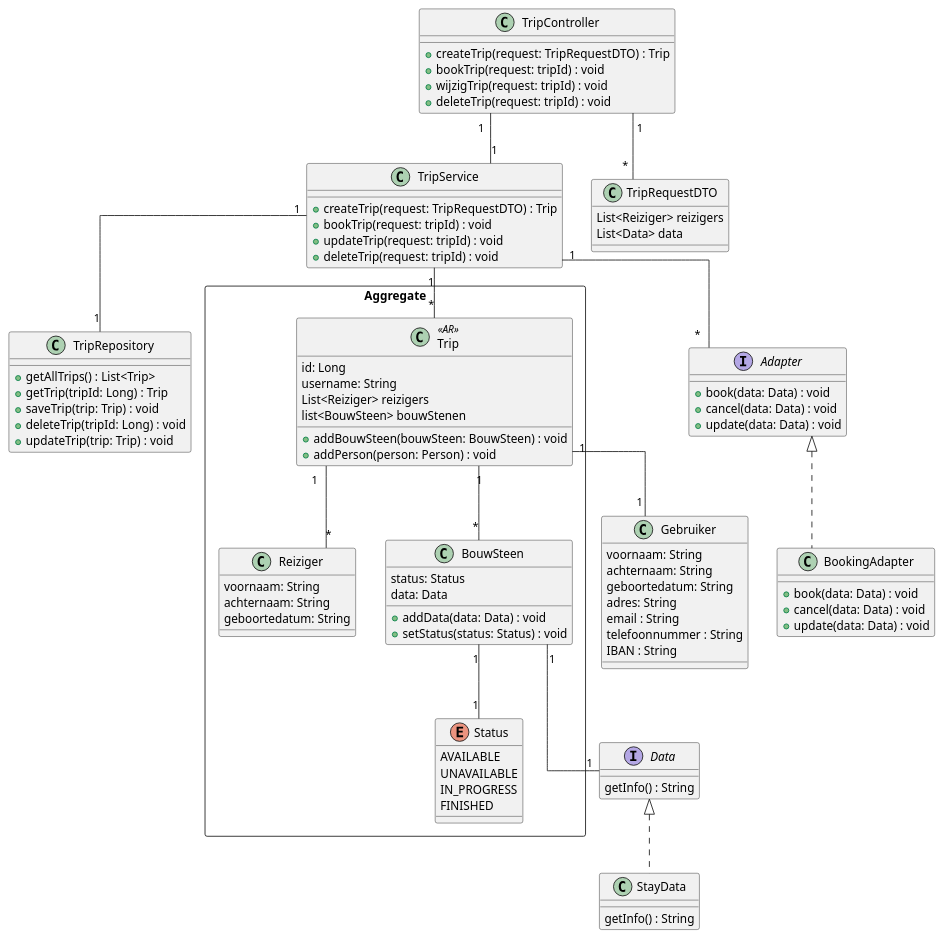
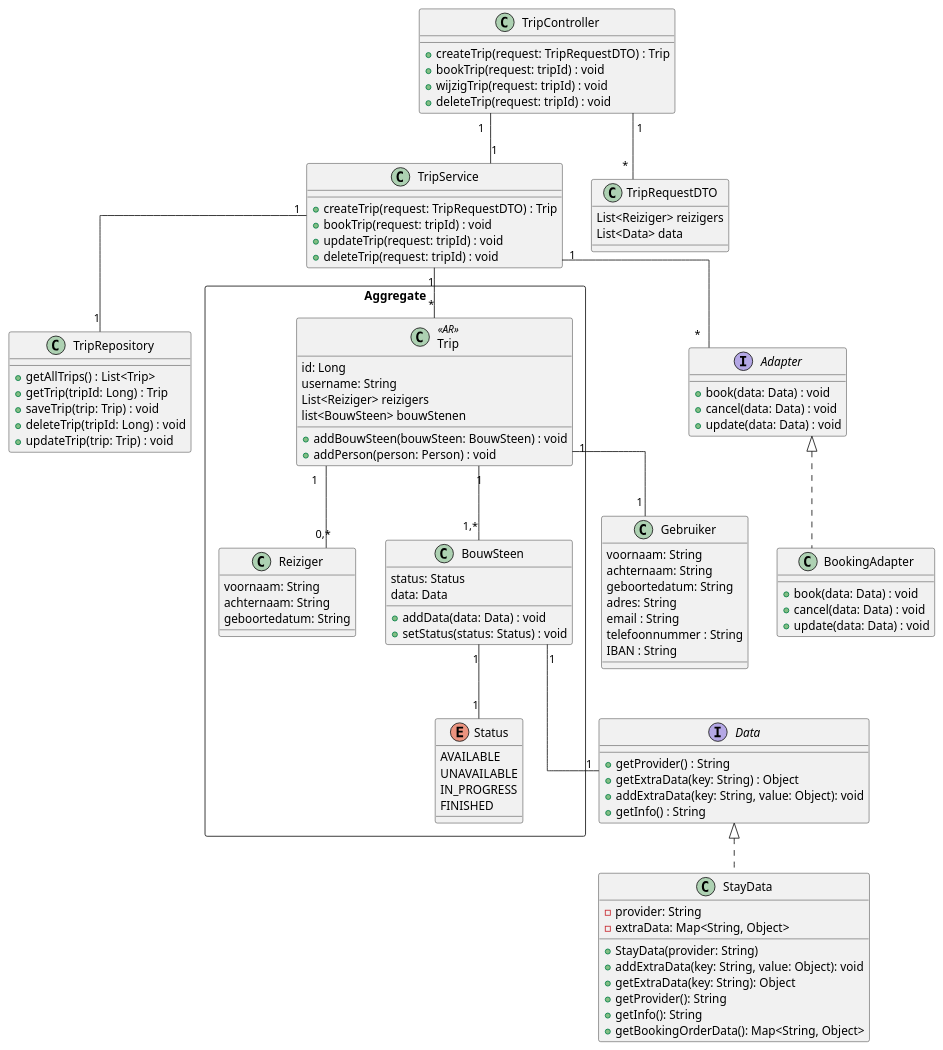
The diagram in opdracht-diagrammen/Groeps-diagram/ClassDiagram.puml (AIM-ENE-feb25/triptop-livingin-s-pain-nouri-siebe-boris), drawn with PlantUML before and after one commit.

Commit message:
Update class diagram
keuze gemaakt dynamisch data verwerking

```diff
--- a/opdracht-diagrammen/Groeps-diagram/ClassDiagram.puml
+++ b/opdracht-diagrammen/Groeps-diagram/ClassDiagram.puml
@@ -1,121 +1,131 @@
 @startuml
 'https://plantuml.com/class-diagram
 skinparam linetype ortho
 
 class TripController {
     +createTrip(request: TripRequestDTO) : Trip
     +bookTrip(request: tripId) : void
     +wijzigTrip(request: tripId) : void
     +deleteTrip(request: tripId) : void
 }
 
 class TripService {
     +createTrip(request: TripRequestDTO) : Trip
     +bookTrip(request: tripId) : void
     +updateTrip(request: tripId) : void
     +deleteTrip(request: tripId) : void
 
 }
 
 class TripRepository {
     +getAllTrips() : List<Trip>
     +getTrip(tripId: Long) : Trip
     +saveTrip(trip: Trip) : void
     +deleteTrip(tripId: Long) : void
     +updateTrip(trip: Trip) : void
 }
 
 
 
 class Gebruiker {
     voornaam: String
     achternaam: String
     geboortedatum: String
     adres: String
     email : String
     telefoonnummer : String
     IBAN : String
 }
 
 rectangle "Aggregate" {
 
 class Trip <<AR>> {
     id: Long
     username: String
     List<Reiziger> reizigers
     list<BouwSteen> bouwStenen
     +addBouwSteen(bouwSteen: BouwSteen) : void
     +addPerson(person: Person) : void
 }
 
 
 class Reiziger {
     voornaam: String
     achternaam: String
     geboortedatum: String
 }
 
 class BouwSteen {
     status: Status
     data: Data
     +addData(data: Data) : void
     +setStatus(status: Status) : void
 }
 
 enum Status {
     AVAILABLE
     UNAVAILABLE
     IN_PROGRESS
     FINISHED
 }
 
 }
 
 interface Data {
-  getInfo() : String
+    + getProvider() : String
+    + getExtraData(key: String) : Object
+    + addExtraData(key: String, value: Object): void
+    + getInfo() : String
 }
 
 class StayData implements Data {
- getInfo() : String
+ - provider: String
+ - extraData: Map<String, Object>
+ + StayData(provider: String)
+  + addExtraData(key: String, value: Object): void
+  + getExtraData(key: String): Object
+ + getProvider(): String
+ + getInfo(): String
+  + getBookingOrderData(): Map<String, Object>
 }
 
 interface Adapter {
     +book(data: Data) : void
     +cancel(data: Data) : void
     +update(data: Data) : void
 }
 
 
 class BookingAdapter implements Adapter {
     +book(data: Data) : void
     +cancel(data: Data) : void
     +update(data: Data) : void
 }
 
 
 
 class TripRequestDTO {
     List<Reiziger> reizigers
     List<Data> data
 }
 
 
 
 TripController "1" -- "1" TripService
 TripService "1" -- "1" TripRepository
 TripController "1" -- "*" TripRequestDTO
 
 TripService "1" -- "*" Trip
 TripService "1" -- "*" Adapter
 
 
 BouwSteen "1" -- "1" Data
 BouwSteen "1" -- "1" Status
-Trip "1" -- "*" BouwSteen
-Trip "1" -- "*" Reiziger
+Trip "1" -- "1,*" BouwSteen
+Trip "1" -- "0,*" Reiziger
 Trip "1" -- "1" Gebruiker
 
 
 
 
 @enduml
```
